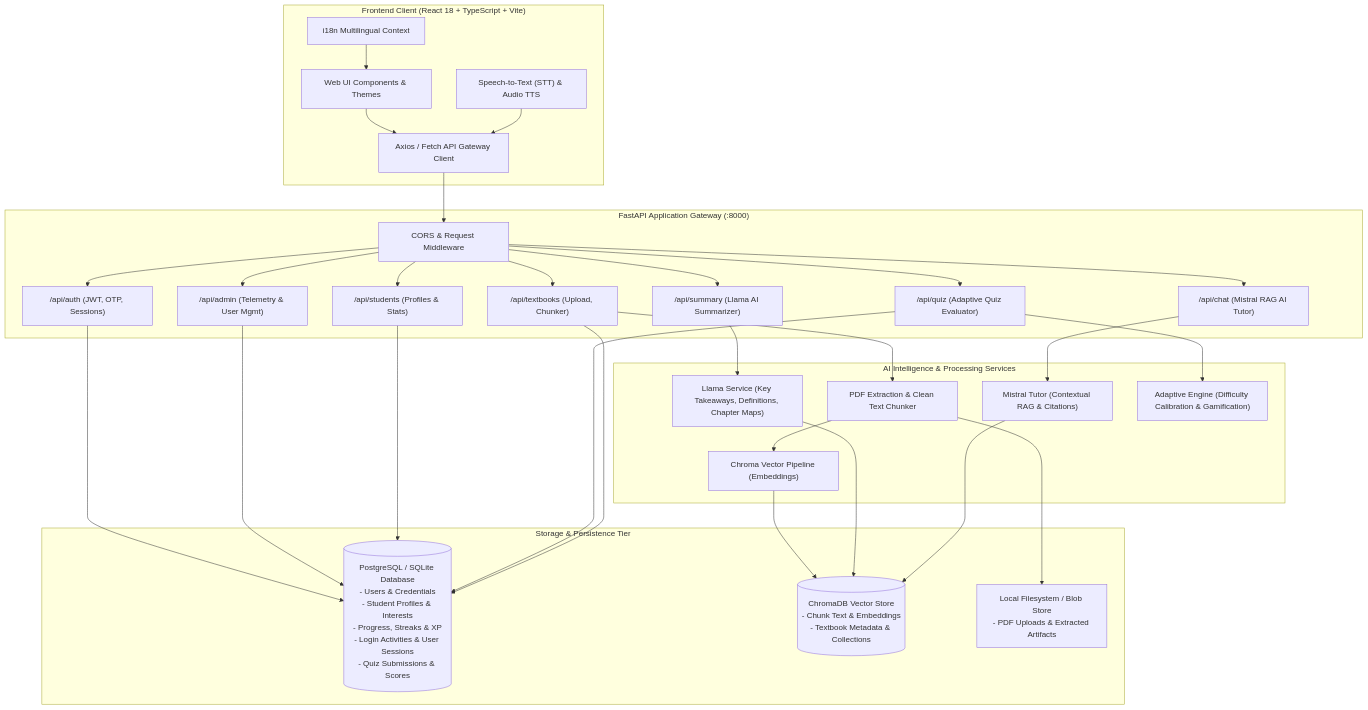
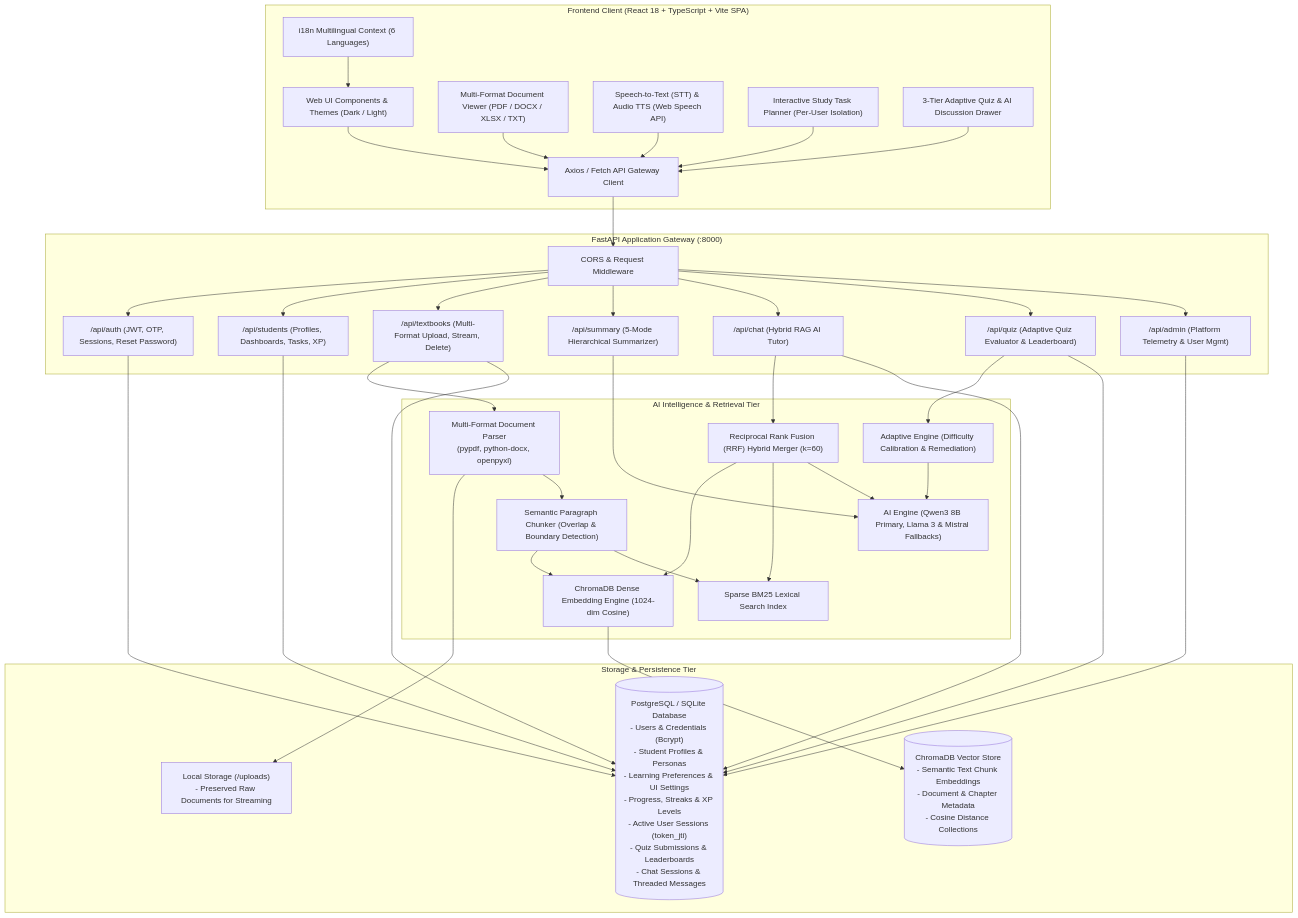
The first of 4 diagrams in docs/ARCHITECTURE.md (Tanushree-ponnuswamy/AARVA_LEARNING_APP), drawn with Mermaid before and after one commit. The commit also changed other lines of this file and 3 other files, not shown here.

Commit message:
docs: comprehensive update for v2 - hybrid RAG, multi-format ingestion, 3-tier quizzes, study tasks, per-user isolation

````diff
--- a/docs/ARCHITECTURE.md
+++ b/docs/ARCHITECTURE.md
@@ -9,65 +9,81 @@
 ```mermaid
 flowchart TB
-    subgraph Client ["Frontend Client (React 18 + TypeScript + Vite)"]
-        UI["Web UI Components & Themes"]
-        VoiceSTT["Speech-to-Text (STT) & Audio TTS"]
-        LangContext["i18n Multilingual Context"]
+    subgraph Client ["Frontend Client (React 18 + TypeScript + Vite SPA)"]
+        UI["Web UI Components & Themes (Dark / Light)"]
+        DocViewer["Multi-Format Document Viewer (PDF / DOCX / XLSX / TXT)"]
+        VoiceSTT["Speech-to-Text (STT) & Audio TTS (Web Speech API)"]
+        LangContext["i18n Multilingual Context (6 Languages)"]
+        TaskPlanner["Interactive Study Task Planner (Per-User Isolation)"]
+        QuizModule["3-Tier Adaptive Quiz & AI Discussion Drawer"]
         ApiClient["Axios / Fetch API Gateway Client"]
     end
 
     subgraph BackendGateway ["FastAPI Application Gateway (:8000)"]
         CORSMiddleware["CORS & Request Middleware"]
-        AuthRouter["/api/auth (JWT, OTP, Sessions)"]
-        StudentRouter["/api/students (Profiles & Stats)"]
-        TextbookRouter["/api/textbooks (Upload, Chunker)"]
-        SummaryRouter["/api/summary (Llama AI Summarizer)"]
-        ChatRouter["/api/chat (Mistral RAG AI Tutor)"]
-        QuizRouter["/api/quiz (Adaptive Quiz Evaluator)"]
-        AdminRouter["/api/admin (Telemetry & User Mgmt)"]
+        AuthRouter["/api/auth (JWT, OTP, Sessions, Reset Password)"]
+        StudentRouter["/api/students (Profiles, Dashboards, Tasks, XP)"]
+        TextbookRouter["/api/textbooks (Multi-Format Upload, Stream, Delete)"]
+        SummaryRouter["/api/summary (5-Mode Hierarchical Summarizer)"]
+        ChatRouter["/api/chat (Hybrid RAG AI Tutor)"]
+        QuizRouter["/api/quiz (Adaptive Quiz Evaluator & Leaderboard)"]
+        AdminRouter["/api/admin (Platform Telemetry & User Mgmt)"]
     end
 
-    subgraph AIServices ["AI Intelligence & Processing Services"]
-        PDFProcessor["PDF Extraction & Clean Text Chunker"]
-        ChromaService["Chroma Vector Pipeline (Embeddings)"]
-        LlamaService["Llama Service (Key Takeaways, Definitions, Chapter Maps)"]
-        MistralService["Mistral Tutor (Contextual RAG & Citations)"]
-        AdaptiveEngine["Adaptive Engine (Difficulty Calibration & Gamification)"]
+    subgraph AIServices ["AI Intelligence & Retrieval Tier"]
+        DocParser["Multi-Format Document Parser\n(pypdf, python-docx, openpyxl)"]
+        SemanticChunker["Semantic Paragraph Chunker (Overlap & Boundary Detection)"]
+        BM25Engine["Sparse BM25 Lexical Search Index"]
+        ChromaService["ChromaDB Dense Embedding Engine (1024-dim Cosine)"]
+        RRFCombiner["Reciprocal Rank Fusion (RRF) Hybrid Merger (k=60)"]
+        LLMService["AI Engine (Qwen3 8B Primary, Llama 3 & Mistral Fallbacks)"]
+        AdaptiveEngine["Adaptive Engine (Difficulty Calibration & Remediation)"]
     end
 
     subgraph DataPersistence ["Storage & Persistence Tier"]
-        PostgresDB[("PostgreSQL / SQLite Database\n- Users & Credentials\n- Student Profiles & Interests\n- Progress, Streaks & XP\n- Login Activities & User Sessions\n- Quiz Submissions & Scores")]
-        ChromaStore[("ChromaDB Vector Store\n- Chunk Text & Embeddings\n- Textbook Metadata & Collections")]
-        PDFStorage["Local Filesystem / Blob Store\n- PDF Uploads & Extracted Artifacts"]
+        PostgresDB[("PostgreSQL / SQLite Database\n- Users & Credentials (Bcrypt)\n- Student Profiles & Personas\n- Learning Preferences & UI Settings\n- Progress, Streaks & XP Levels\n- Active User Sessions (token_jti)\n- Quiz Submissions & Leaderboards\n- Chat Sessions & Threaded Messages")]
+        ChromaStore[("ChromaDB Vector Store\n- Semantic Text Chunk Embeddings\n- Document & Chapter Metadata\n- Cosine Distance Collections")]
+        DocStorage["Local Storage (/uploads)\n- Preserved Raw Documents for Streaming"]
     end
 
-    %% Client to Backend
+    %% Client to Backend Gateway
     UI --> ApiClient
+    DocViewer --> ApiClient
     VoiceSTT --> ApiClient
     LangContext --> UI
+    TaskPlanner --> ApiClient
+    QuizModule --> ApiClient
     ApiClient --> CORSMiddleware
+    
     CORSMiddleware --> AuthRouter
     CORSMiddleware --> StudentRouter
     CORSMiddleware --> TextbookRouter
     CORSMiddleware --> SummaryRouter
     CORSMiddleware --> ChatRouter
     CORSMiddleware --> QuizRouter
     CORSMiddleware --> AdminRouter
 
-    %% Backend to Services
-    TextbookRouter --> PDFProcessor
-    PDFProcessor --> PDFStorage
-    PDFProcessor --> ChromaService
-    SummaryRouter --> LlamaService
-    ChatRouter --> MistralService
+    %% Gateway to Services
+    TextbookRouter --> DocParser
+    DocParser --> DocStorage
+    DocParser --> SemanticChunker
+    SemanticChunker --> ChromaService
+    SemanticChunker --> BM25Engine
+
+    ChatRouter --> RRFCombiner
+    RRFCombiner --> ChromaService
+    RRFCombiner --> BM25Engine
+    RRFCombiner --> LLMService
+
+    SummaryRouter --> LLMService
     QuizRouter --> AdaptiveEngine
+    AdaptiveEngine --> LLMService
 
-    %% Services to Data
+    %% Services to Persistence
     ChromaService --> ChromaStore
-    LlamaService --> ChromaStore
-    MistralService --> ChromaStore
     AuthRouter --> PostgresDB
     AdminRouter --> PostgresDB
     StudentRouter --> PostgresDB
     QuizRouter --> PostgresDB
     TextbookRouter --> PostgresDB
+    ChatRouter --> PostgresDB
 ```
````
